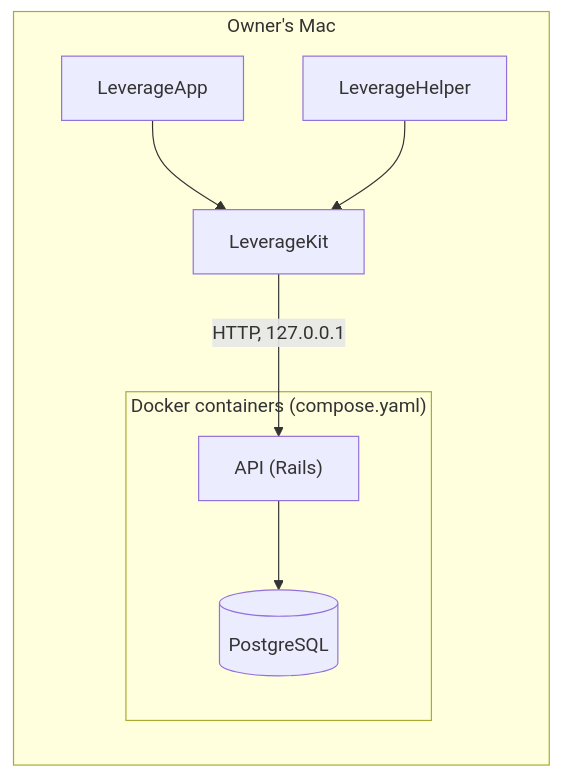
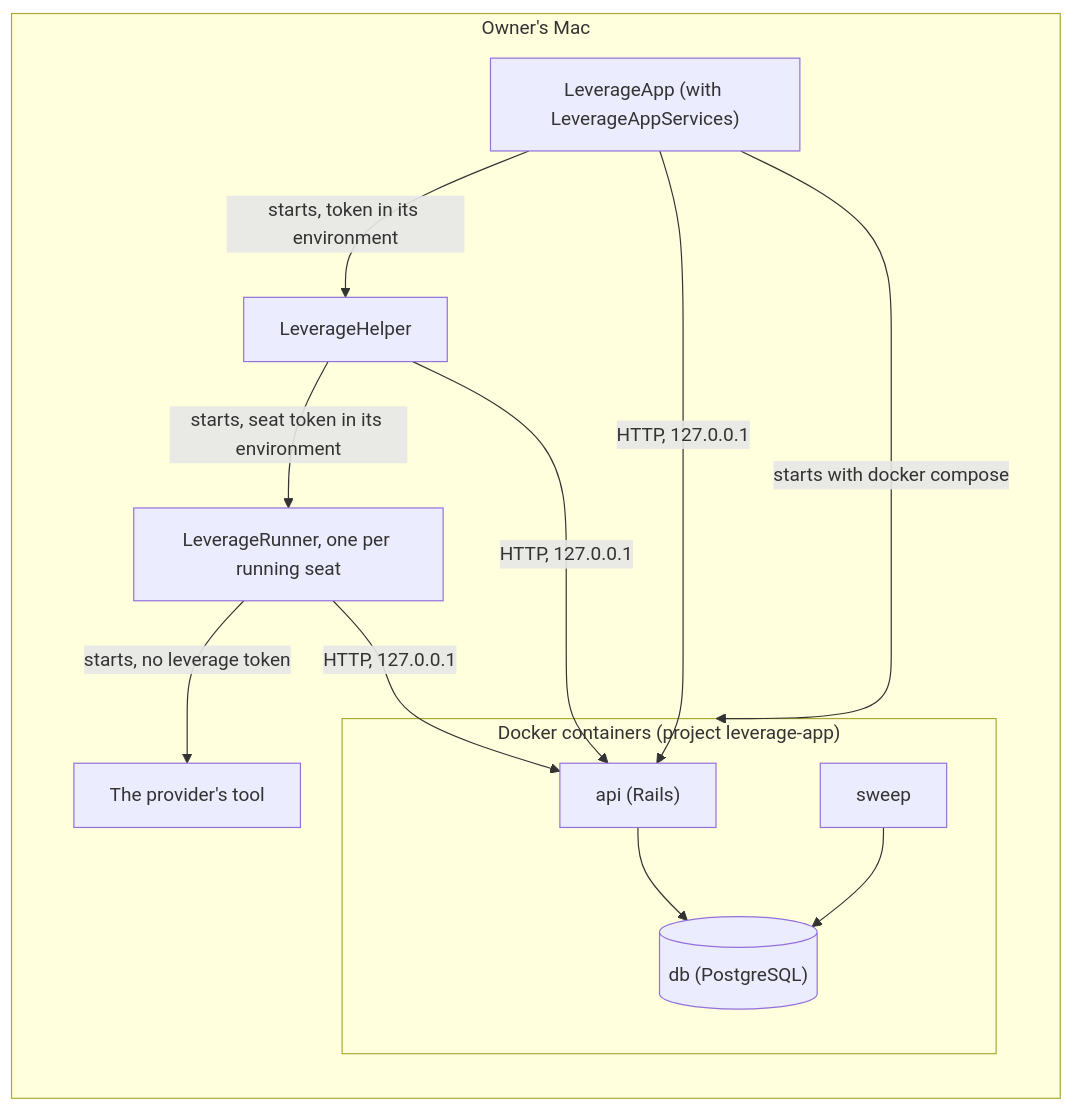
The diagram in docs/ARCHITECTURE.md (yuric/leverage), drawn with Mermaid before and after one commit. The commit also changed other lines of this file and 10 other files, not shown here.

First line of the commit message:
docs: record the core loop in the architecture, four ADRs, deployment and progress

````diff
--- a/docs/ARCHITECTURE.md
+++ b/docs/ARCHITECTURE.md
@@ -300,16 +304,23 @@
 ```mermaid
 flowchart LR
   subgraph mac["Owner's Mac"]
-    app["LeverageApp"]
+    app["LeverageApp (with LeverageAppServices)"]
     helper["LeverageHelper"]
-    kit["LeverageKit"]
-    subgraph docker["Docker containers (compose.yaml)"]
-      api["API (Rails)"]
-      db[("PostgreSQL")]
+    runner["LeverageRunner, one per running seat"]
+    tool["The provider's tool"]
+    subgraph docker["Docker containers (project leverage-app)"]
+      api["api (Rails)"]
+      sweep["sweep"]
+      db[("db (PostgreSQL)")]
     end
   end
-  app --> kit
-  helper --> kit
-  kit -- "HTTP, 127.0.0.1" --> api
+  app -- "starts with docker compose" --> docker
+  app -- "starts, token in its environment" --> helper
+  helper -- "starts, seat token in its environment" --> runner
+  runner -- "starts, no leverage token" --> tool
+  app -- "HTTP, 127.0.0.1" --> api
+  helper -- "HTTP, 127.0.0.1" --> api
+  runner -- "HTTP, 127.0.0.1" --> api
   api --> db
+  sweep --> db
 ```
````
